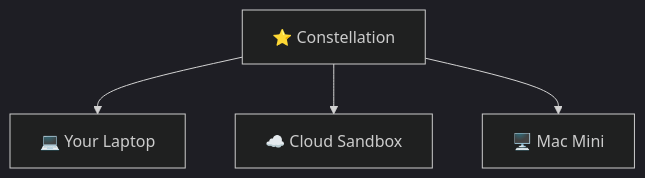
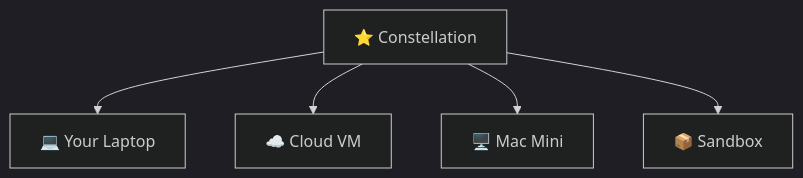
The diagram in README.md (letta-ai/letta-code), drawn with Mermaid (dark theme) before and after one commit. The commit also changed other lines of this file, not shown here.

````diff
--- a/README.md
+++ b/README.md
@@ -105,7 +105,8 @@
 ```mermaid
 graph TD
     Constellation["⭐ Constellation"]
     Constellation --> A["💻 Your Laptop"]
-    Constellation --> B["☁️ Cloud Sandbox"]
+    Constellation --> B["☁️ Cloud VM"]
     Constellation --> C["🖥️ Mac Mini"]
+    Constellation --> D["📦 Sandbox"]
 ```
````
